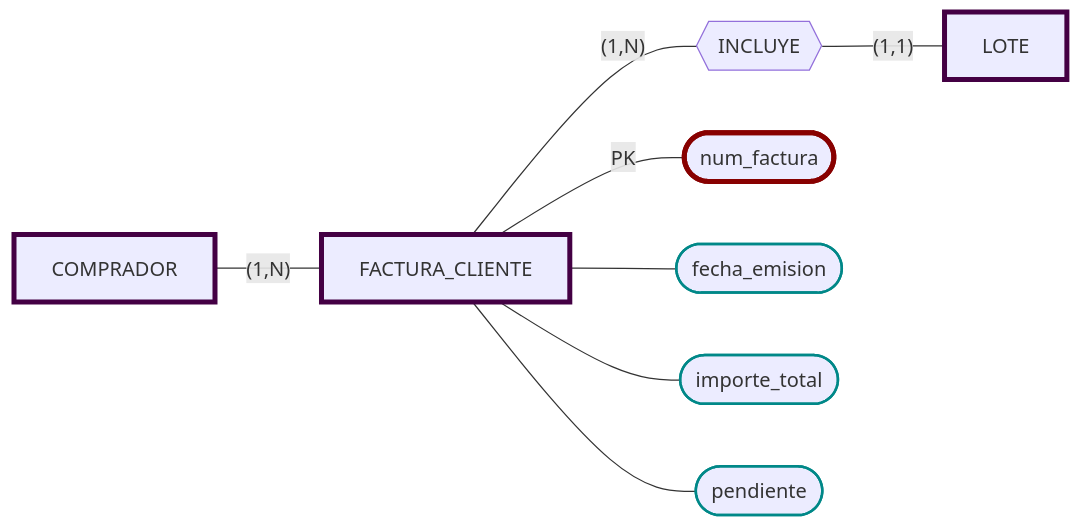
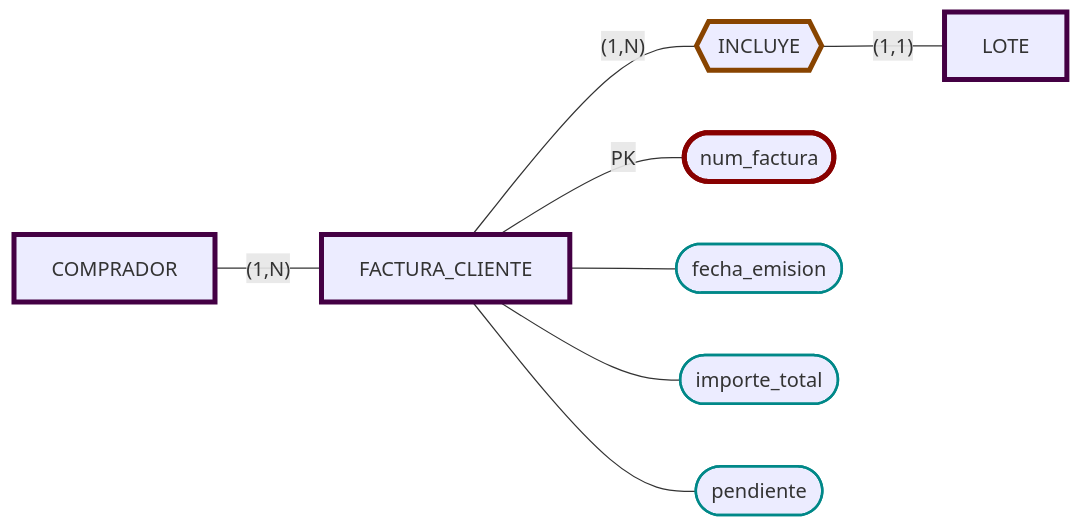
Before and after one commit to JulTob/Data: the ninth of 13 diagrams in DataBases/lonja_DB.md, drawn with Mermaid.

````diff
--- a/DataBases/lonja_DB.md
+++ b/DataBases/lonja_DB.md
@@ -486,26 +486,28 @@
 ```mermaid
 flowchart LR
   classDef atributo stroke:#088,stroke-width:2px;
   classDef derivado stroke-width:3px, stroke-dasharray:3 3;
   classDef pk stroke:#800,stroke-width:4px;
   classDef fk stroke:#080,stroke-width:4px;
   classDef entidad stroke:#404,stroke-width:4px;
   classDef multientidad stroke:#808,stroke-width:8px;
   classDef pkfk stroke:#880,stroke-width:4px;
+  classDef relacion stroke:#840,stroke-width:4px;
+
 
   Comprador[COMPRADOR]:::entidad
   Factura[FACTURA_CLIENTE]:::entidad
   Lote[LOTE]:::entidad
   Incluye{{INCLUYE}}:::relacion
 
   Factura ---|PK| num_fact([num_factura]):::pk 
   Factura --- fecha_emision([fecha_emision]):::atributo  
   Factura --- importe_total([importe_total]):::atributo 
   Factura --- pendiente([pendiente]):::atributo 
 
   Factura ---|"(1,N)"| Incluye
   Incluye ---|"(1,1)"| Lote
 
   Comprador ---|"(1,N)"| Factura
 
 ```
````
